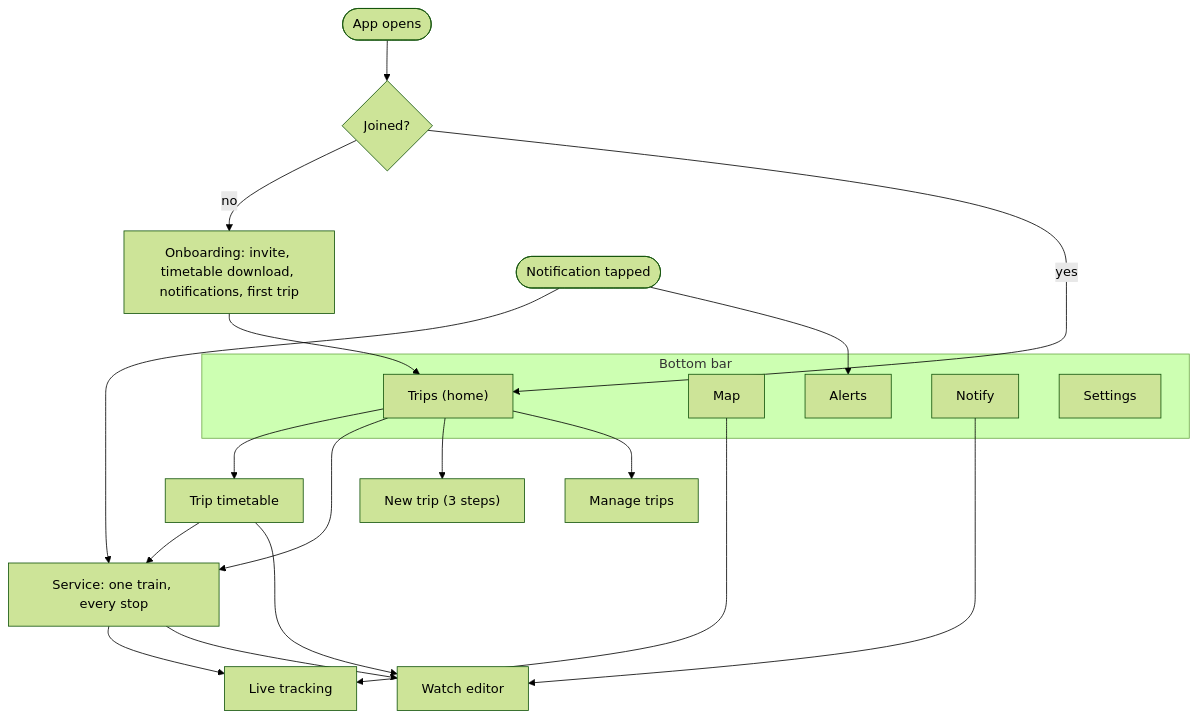
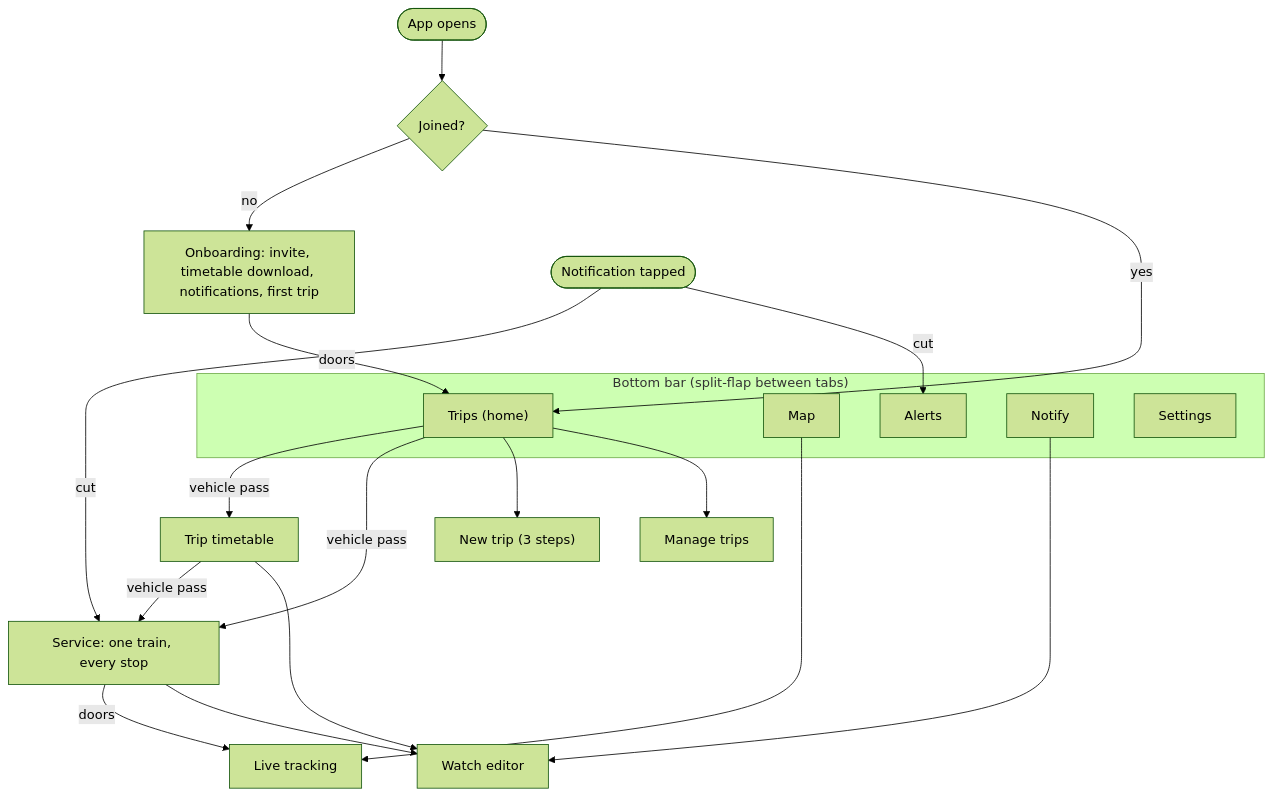
One commit to finnjones/TransitTracker changed the diagram in docs/transittracker-frontend-plan.md. Above: the diagram before and after it, drawn with Mermaid (forest theme). The commit also changed other lines of this file and 25 other files, not shown here.

````diff
--- a/docs/transittracker-frontend-plan.md
+++ b/docs/transittracker-frontend-plan.md
@@ -228,26 +373,26 @@
 ```mermaid
 flowchart TB
   Open(["App opens"]) --> J{"Joined?"}
   J -- no --> Onb["Onboarding: invite, timetable download, notifications, first trip"]
-  Onb --> Trips
+  Onb -- doors --> Trips
   J -- yes --> Trips
-  subgraph Bar["Bottom bar"]
+  subgraph Bar["Bottom bar (split-flap between tabs)"]
     Trips["Trips (home)"]
     Map["Map"]
     Alerts["Alerts"]
     Notify["Notify"]
     Settings["Settings"]
   end
-  Trips --> Timetable["Trip timetable"]
-  Trips --> Service["Service: one train, every stop"]
-  Timetable --> Service
-  Service --> Track["Live tracking"]
+  Trips -- vehicle pass --> Timetable["Trip timetable"]
+  Trips -- vehicle pass --> Service["Service: one train, every stop"]
+  Timetable -- vehicle pass --> Service
+  Service -- doors --> Track["Live tracking"]
   Map --> Track
   Trips --> NewTrip["New trip (3 steps)"]
   Trips --> Manage["Manage trips"]
   Notify --> Watch["Watch editor"]
   Service --> Watch
   Timetable --> Watch
-  Push(["Notification tapped"]) --> Service
-  Push --> Alerts
+  Push(["Notification tapped"]) -- cut --> Service
+  Push -- cut --> Alerts
 ```
````
